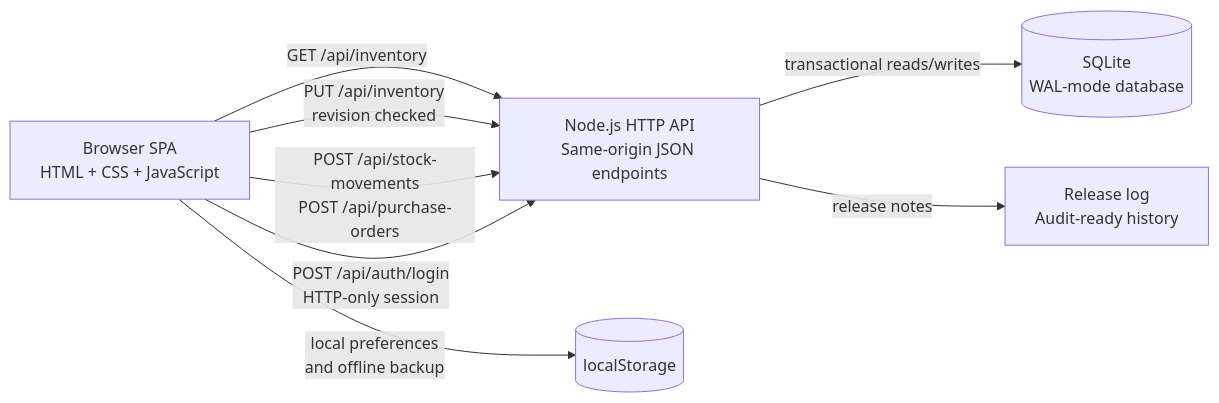
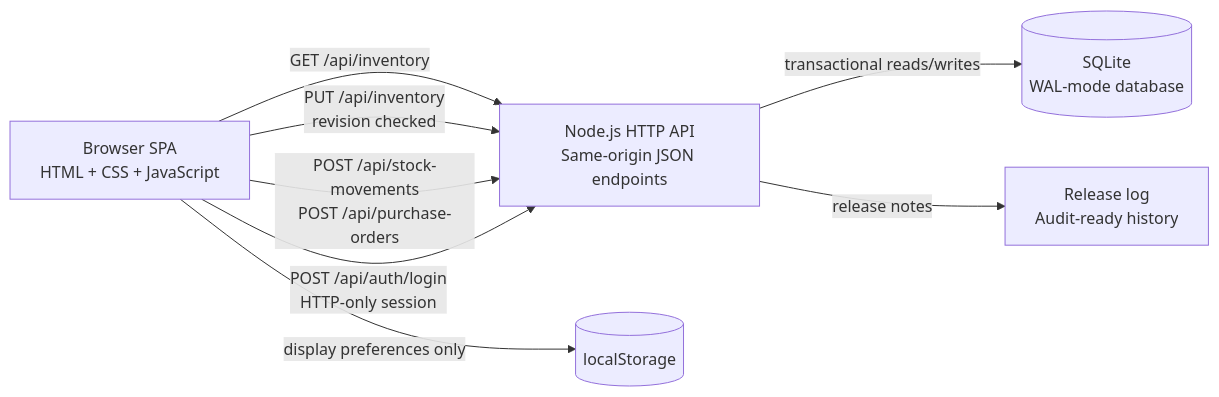
The first of 2 diagrams in docs/ARCHITECTURE.md (sgshiv001/inventrack-inventory-management), drawn with Mermaid before and after one commit. The commit also changed other lines of this file and 65 other files, not shown here.

First line of the commit message:
Release InvenTrack 3.0.4 for local Windows and browser use

````diff
--- a/docs/ARCHITECTURE.md
+++ b/docs/ARCHITECTURE.md
@@ -7,15 +7,15 @@
 ```mermaid
 flowchart LR
   Browser[Browser SPA\nHTML + CSS + JavaScript]
   API[Node.js HTTP API\nSame-origin JSON endpoints]
   DB[(SQLite\nWAL-mode database)]
   Log[Release log\nAudit-ready history]
 
   Browser -->|GET /api/inventory| API
   Browser -->|PUT /api/inventory\nrevision checked| API
   Browser -->|POST /api/stock-movements\nPOST /api/purchase-orders| API
   Browser -->|POST /api/auth/login\nHTTP-only session| API
   API -->|transactional reads/writes| DB
   API -->|release notes| Log
-  Browser -->|local preferences\nand offline backup| Local[(localStorage)]
+  Browser -->|display preferences only| Local[(localStorage)]
 ```
````
